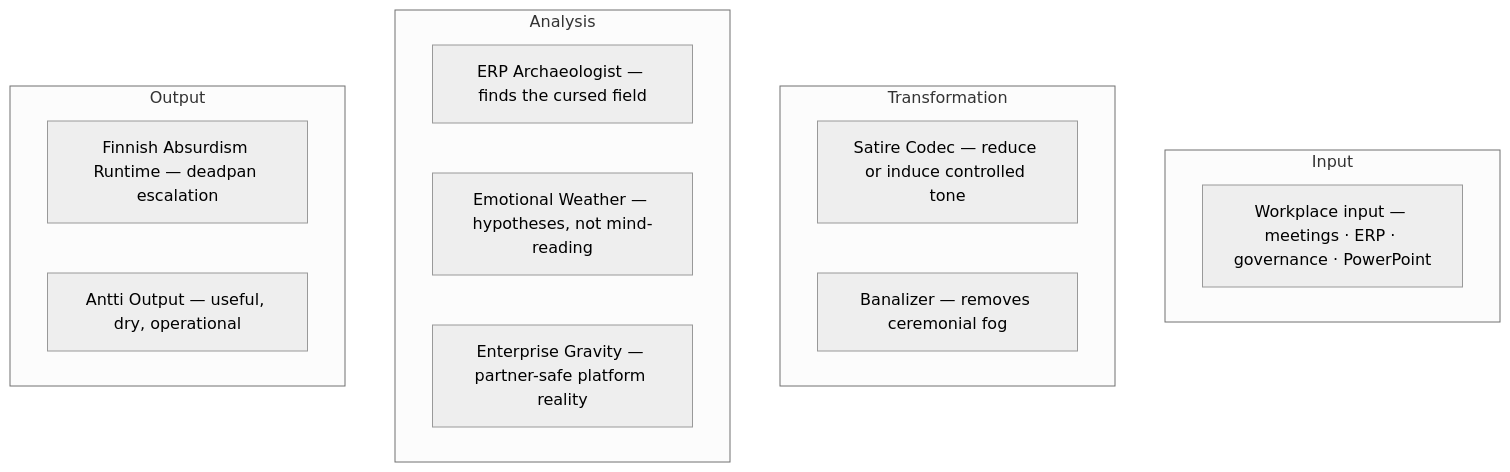
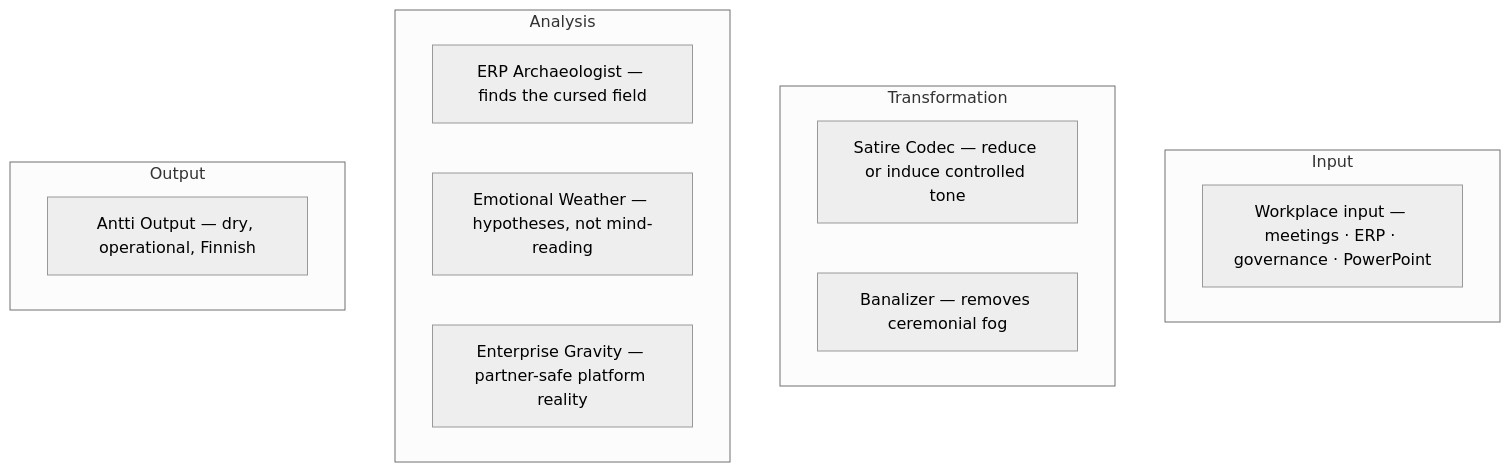
One commit to epical-antti-syvanne/antti-stack changed the first of 2 diagrams in README.md. Above: the diagram before and after it, drawn with Mermaid (neutral theme).

Commit message:
fix: remove Finnish Absurdism Runtime ghost node — it is the agent output, not a tool

````diff
--- a/README.md
+++ b/README.md
@@ -338,19 +338,18 @@
 ```mermaid
 graph TD
     subgraph "Input"
         input[Workplace input — meetings · ERP · governance · PowerPoint]
     end
     subgraph "Transformation"
         codec[Satire Codec — reduce or induce controlled tone]
         banalizer[Banalizer — removes ceremonial fog]
     end
     subgraph "Analysis"
         erp[ERP Archaeologist — finds the cursed field]
         weather[Emotional Weather — hypotheses, not mind-reading]
         gravity[Enterprise Gravity — partner-safe platform reality]
     end
     subgraph "Output"
-        runtime[Finnish Absurdism Runtime — deadpan escalation]
-        out[Antti Output — useful, dry, operational]
+        out[Antti Output — dry, operational, Finnish]
     end
 ```
````
